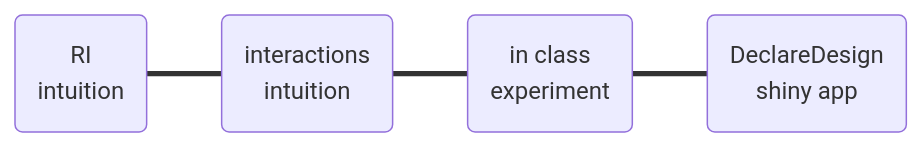
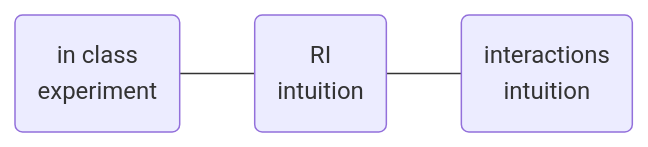
Before and after one commit to macartan/ci: the seventh of 8 diagrams in docs/index.qmd, drawn with Mermaid. The commit also changed other lines of this file and 30 other files, not shown here.

````diff
--- a/docs/index.qmd
+++ b/docs/index.qmd
@@ -29,9 +104,8 @@
 ```{mermaid}
 %%{init: {"flowchart": {"htmlLabels": true}} }%%
 flowchart LR
-    G("RI<br>intuition") === H("interactions<br>intuition") === I("in class<br>experiment") === J("DeclareDesign<br>shiny app")
+    I("in class<br>experiment") --- G("RI<br>intuition") --- H("interactions<br>intuition")
+    click I "https://macartan.github.io/ci/in_class_experiment.html"
     click G "https://macartan.github.io/ci/experiments_2026/ri_exercise.pdf"
     click H "https://macartan.github.io/ci/experiments_2026/interaction_exercise.pdf"
-    click I "https://macartan.github.io/ci/in_class_experiment.html"
-    click J "https://shiny2.wzb.eu/ipi/declaredesign/"
 ```
````
